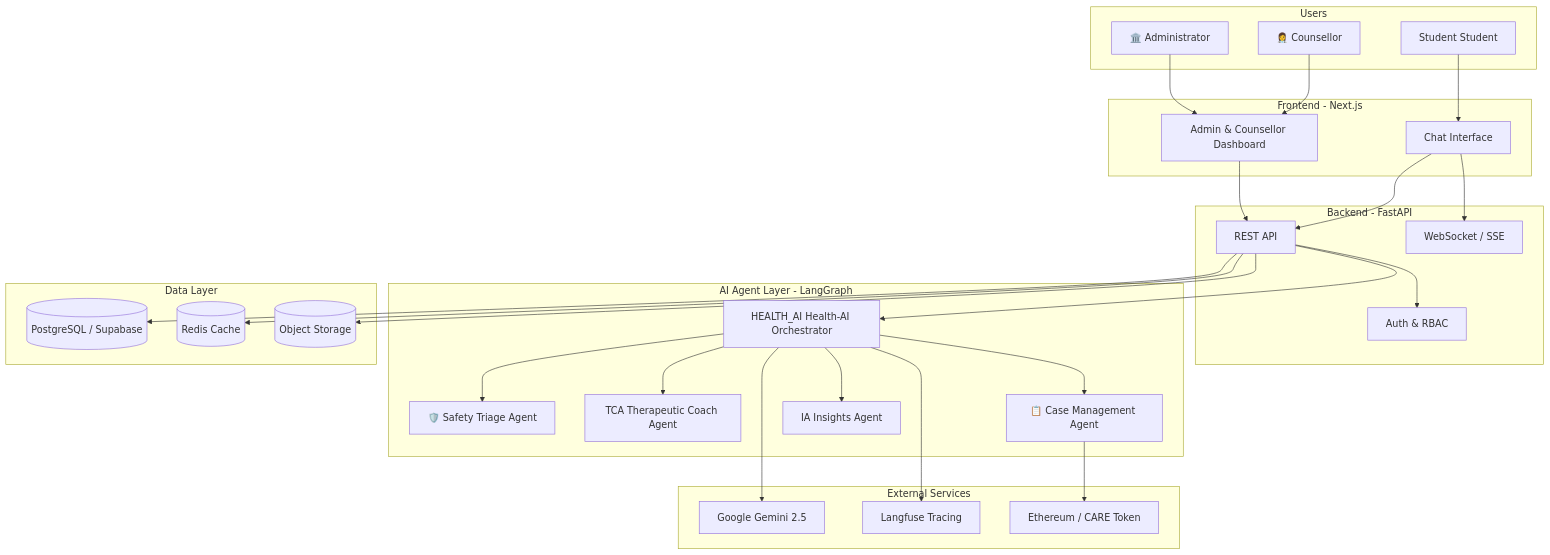
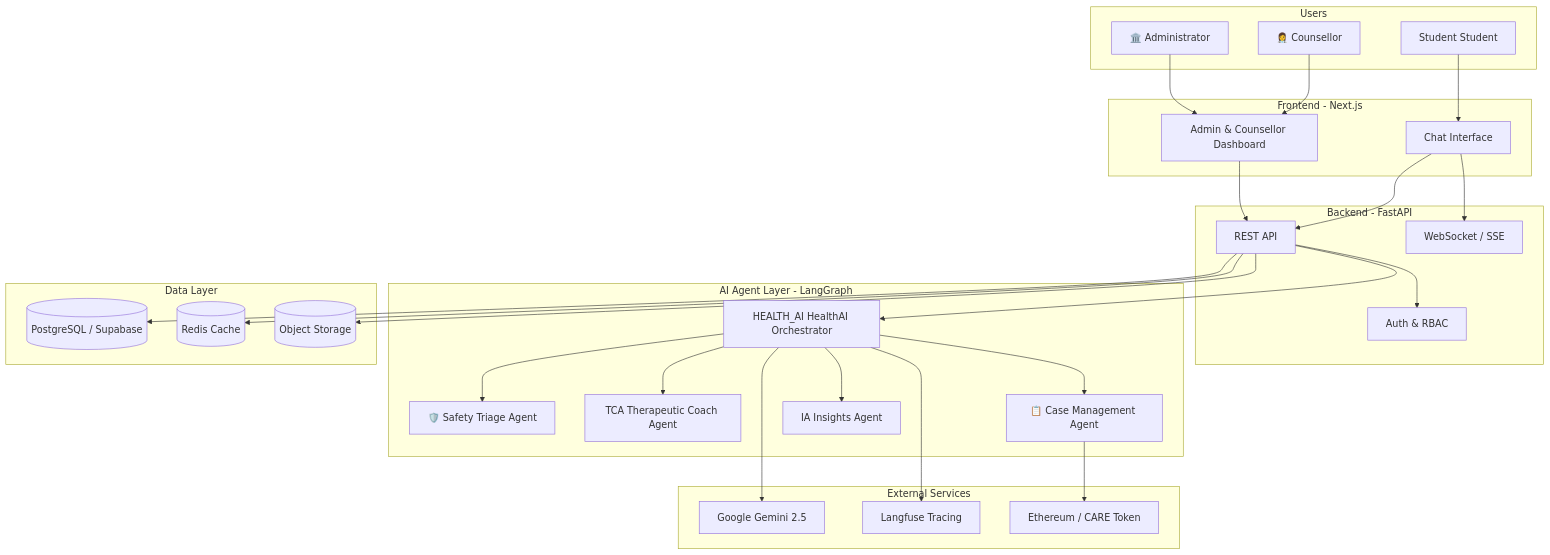
The first of 2 diagrams in docs-site/docs/architecture/system-overview.md (lombeytjhtt96-glitch/Health-AICare), drawn with Mermaid before and after one commit. The commit also changed other lines of this file and 255 other files, not shown here.

````diff
--- a/docs-site/docs/architecture/system-overview.md
+++ b/docs-site/docs/architecture/system-overview.md
@@ -13,58 +13,58 @@
 ```mermaid
 graph TB
  subgraph "Users"
  STU[Student Student]
  CNS[👩‍⚕️ Counsellor]
  ADM[🏛️ Administrator]
  end
 
  subgraph "Frontend - Next.js"
  UI[Chat Interface]
  DASH[Admin & Counsellor Dashboard]
  end
 
  subgraph "Backend - FastAPI"
  API[REST API]
  WS[WebSocket / SSE]
  AUTH[Auth & RBAC]
  end
 
  subgraph "AI Agent Layer - LangGraph"
- HEALTH_AI[HEALTH_AI Health-AI Orchestrator]
+ HEALTH_AI[HEALTH_AI HealthAI Orchestrator]
  STA[🛡️ Safety Triage Agent]
  TCA[TCA Therapeutic Coach Agent]
  CMA[📋 Case Management Agent]
  IA[IA Insights Agent]
  end
 
  subgraph "Data Layer"
  PG[(PostgreSQL / Supabase)]
  RD[(Redis Cache)]
  S3[(Object Storage)]
  end
 
  subgraph "External Services"
  GEM[Google Gemini 2.5]
  LF[Langfuse Tracing]
  ETH[Ethereum / CARE Token]
  end
 
  STU --> UI
  CNS --> DASH
  ADM --> DASH
  UI --> API
  UI --> WS
  DASH --> API
  API --> AUTH
  API --> HEALTH_AI
  HEALTH_AI --> STA
  HEALTH_AI --> TCA
  HEALTH_AI --> CMA
  HEALTH_AI --> IA
  HEALTH_AI --> GEM
  API --> PG
  API --> RD
  HEALTH_AI --> LF
  CMA --> ETH
  API --> S3
 ```
````
